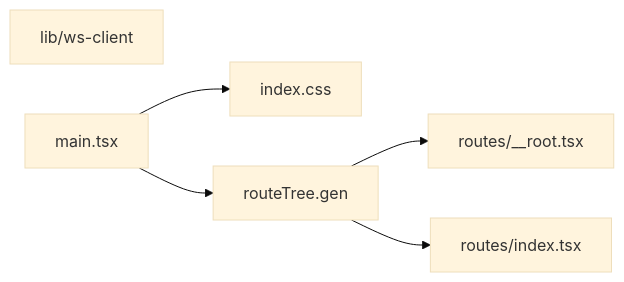
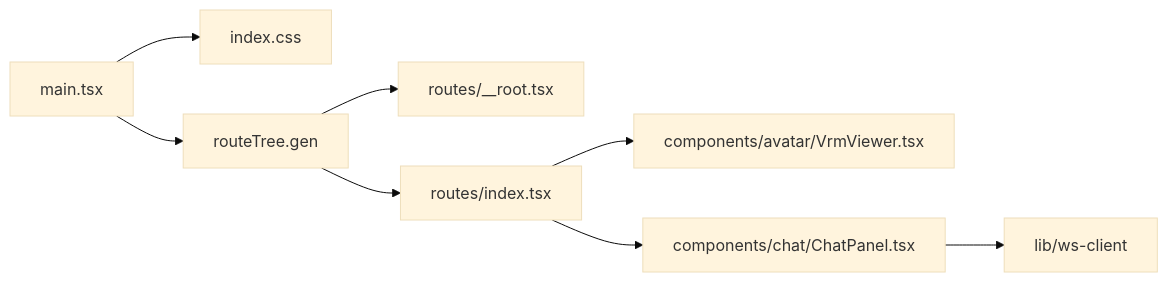
Before and after one commit to OJII3/vicissitude: the diagram in apps/web/DEPS.md, drawn with Mermaid (base theme). The commit also changed other lines of this file and 9 other files, not shown here.

````diff
--- a/apps/web/DEPS.md
+++ b/apps/web/DEPS.md
@@ -7,11 +7,14 @@
 ```mermaid
 graph LR
+  components_avatar_VrmViewer.tsx["components/avatar/VrmViewer.tsx"]
+  components_chat_ChatPanel.tsx["components/chat/ChatPanel.tsx"] --> lib_ws_client["lib/ws-client"]
   index.css
   lib_ws_client["lib/ws-client"]
   main.tsx --> index.css
   main.tsx --> routeTree.gen
   routeTree.gen --> routes___root.tsx["routes/__root.tsx"]
   routeTree.gen --> routes_index.tsx["routes/index.tsx"]
   routes___root.tsx["routes/__root.tsx"]
-  routes_index.tsx["routes/index.tsx"]
+  routes_index.tsx["routes/index.tsx"] --> components_avatar_VrmViewer.tsx["components/avatar/VrmViewer.tsx"]
+  routes_index.tsx["routes/index.tsx"] --> components_chat_ChatPanel.tsx["components/chat/ChatPanel.tsx"]
 ```
````
